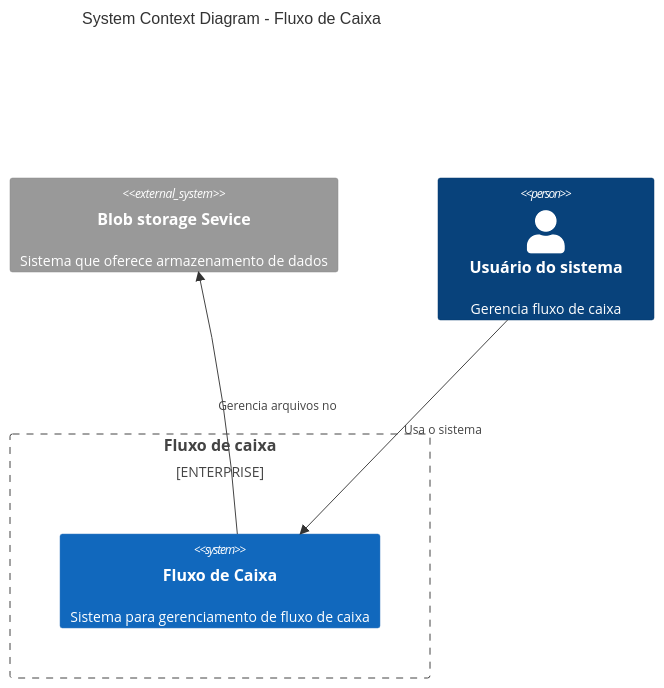
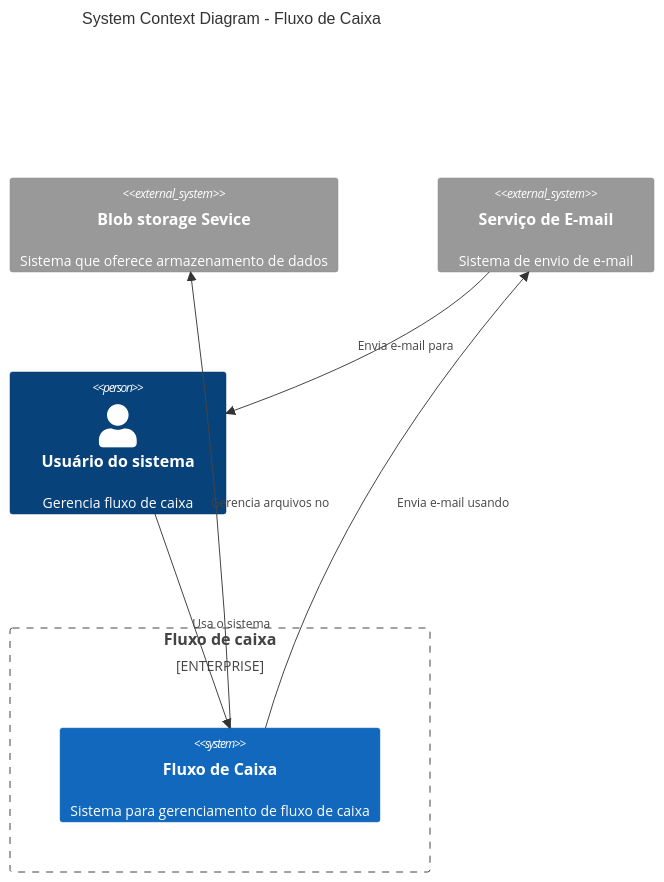
The diagram in Doc/SystemContex.md (CristianoRC/Fluxo-De-Caixa), drawn with Mermaid before and after one commit.

Commit message:
Adiciona e-mail no System context

````diff
--- a/Doc/SystemContex.md
+++ b/Doc/SystemContex.md
@@ -3,14 +3,17 @@
 ```mermaid
 C4Context
     title System Context Diagram - Fluxo de Caixa
 
     Enterprise_Boundary(boundary-fluxo-de-caixa, "Fluxo de caixa") {
       System(fluxo-de-caixa, "Fluxo de Caixa", "Sistema para gerenciamento de fluxo de caixa")
     }
 
     System_Ext(blob-storage, "Blob storage Sevice", "Sistema que oferece armazenamento de dados")
+    System_Ext(mail-system, "Serviço de E-mail", "Sistema de envio de e-mail")
     Person(pessoa, "Usuário do sistema", "Gerencia fluxo de caixa")
 
     Rel(pessoa, fluxo-de-caixa, "Usa o sistema")
     Rel(fluxo-de-caixa, blob-storage, "Gerencia arquivos no")
+    Rel(fluxo-de-caixa, mail-system, "Envia e-mail usando")
+    Rel(mail-system, pessoa, "Envia e-mail para")
 ```
````
